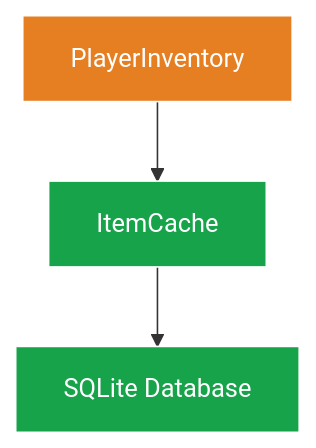
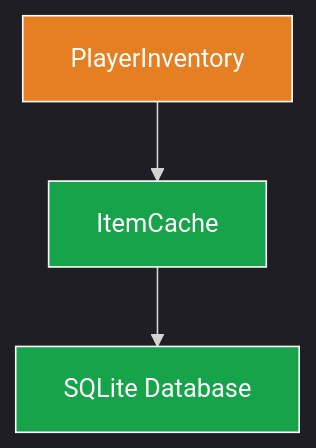
One commit to lukaszj321/otcv8-dev changed the second of 2 diagrams in docs/authoring/_instructions/diagram_system/03_DESIGN_PATTERNS/README.md. Above: the diagram before and after it, drawn with Mermaid. The commit also changed other lines of this file and 2 other files, not shown here.

First line of the commit message:
fix: Address PR review feedback on diagram system instructions

````diff
--- a/docs/authoring/_instructions/diagram_system/03_DESIGN_PATTERNS/README.md
+++ b/docs/authoring/_instructions/diagram_system/03_DESIGN_PATTERNS/README.md
@@ -56,11 +57,12 @@
 ```mermaid
+%%{init: {'theme': 'dark', 'securityLevel': 'loose'}}%%
 graph TD
     Inventory[PlayerInventory] --> Cache[ItemCache]
     Cache --> DB[SQLite Database]
     
     classDef game fill:#e67e22,stroke:#fff,color:#fff
     classDef data fill:#16a34a,stroke:#fff,color:#fff
     
     class Inventory game
     class Cache,DB data
 ```
````
